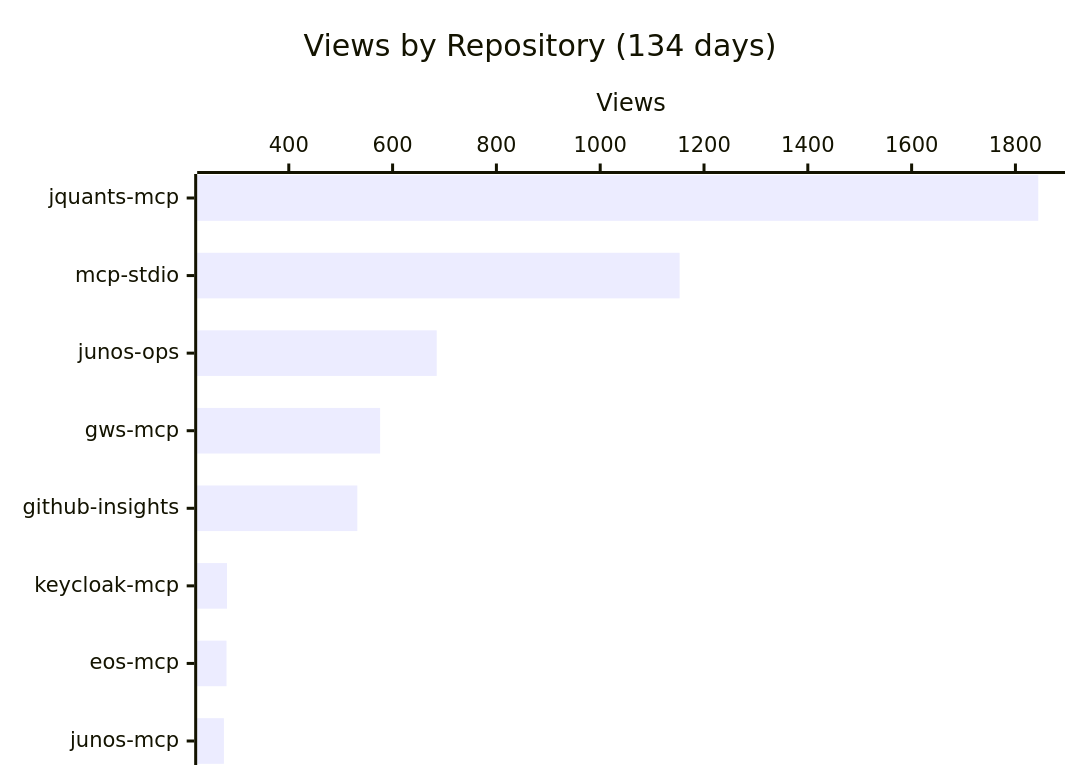
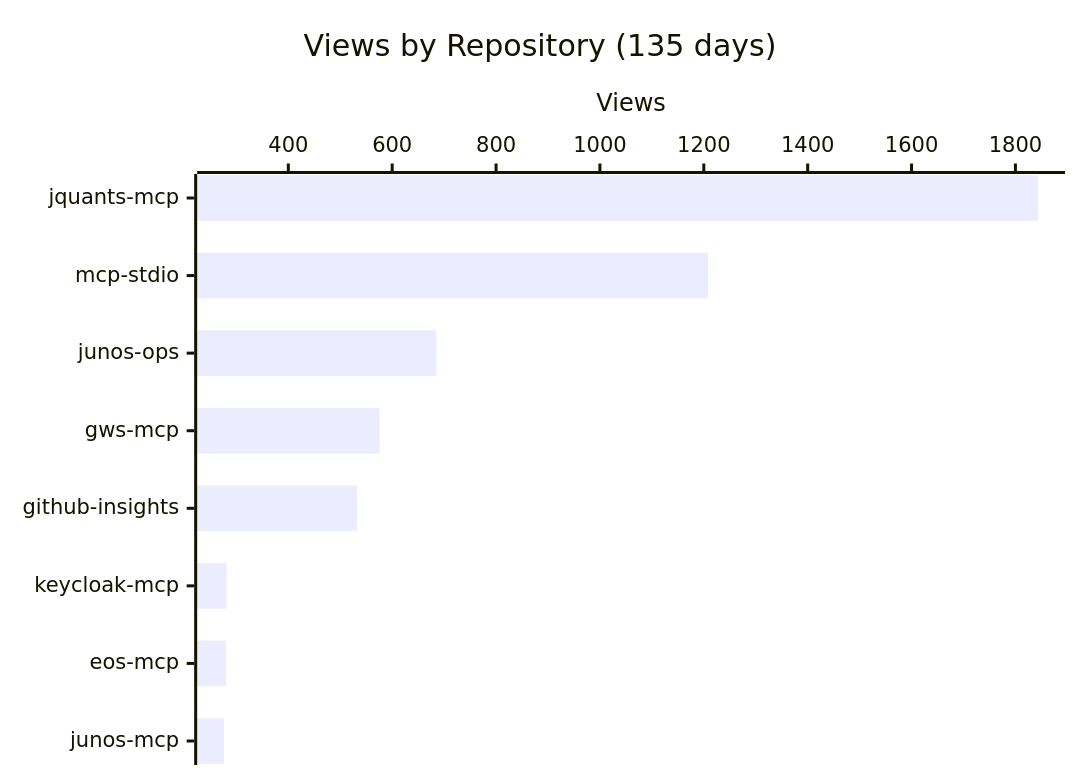
Before and after one commit to shigechika/github-insights: the first of 4 diagrams in README.md, drawn with Mermaid. The commit also changed other lines of this file and 2 other files, not shown here.

````diff
--- a/README.md
+++ b/README.md
@@ -18,7 +18,7 @@
 ```mermaid
 xychart-beta horizontal
-    title "Views by Repository (134 days)"
+    title "Views by Repository (135 days)"
     x-axis ["jquants-mcp", "mcp-stdio", "junos-ops", "gws-mcp", "github-insights", "keycloak-mcp", "eos-mcp", "junos-mcp"]
     y-axis "Views"
-    bar [1844, 1153, 685, 576, 532, 281, 280, 275]
+    bar [1844, 1208, 685, 576, 532, 281, 280, 276]
 ```
````
